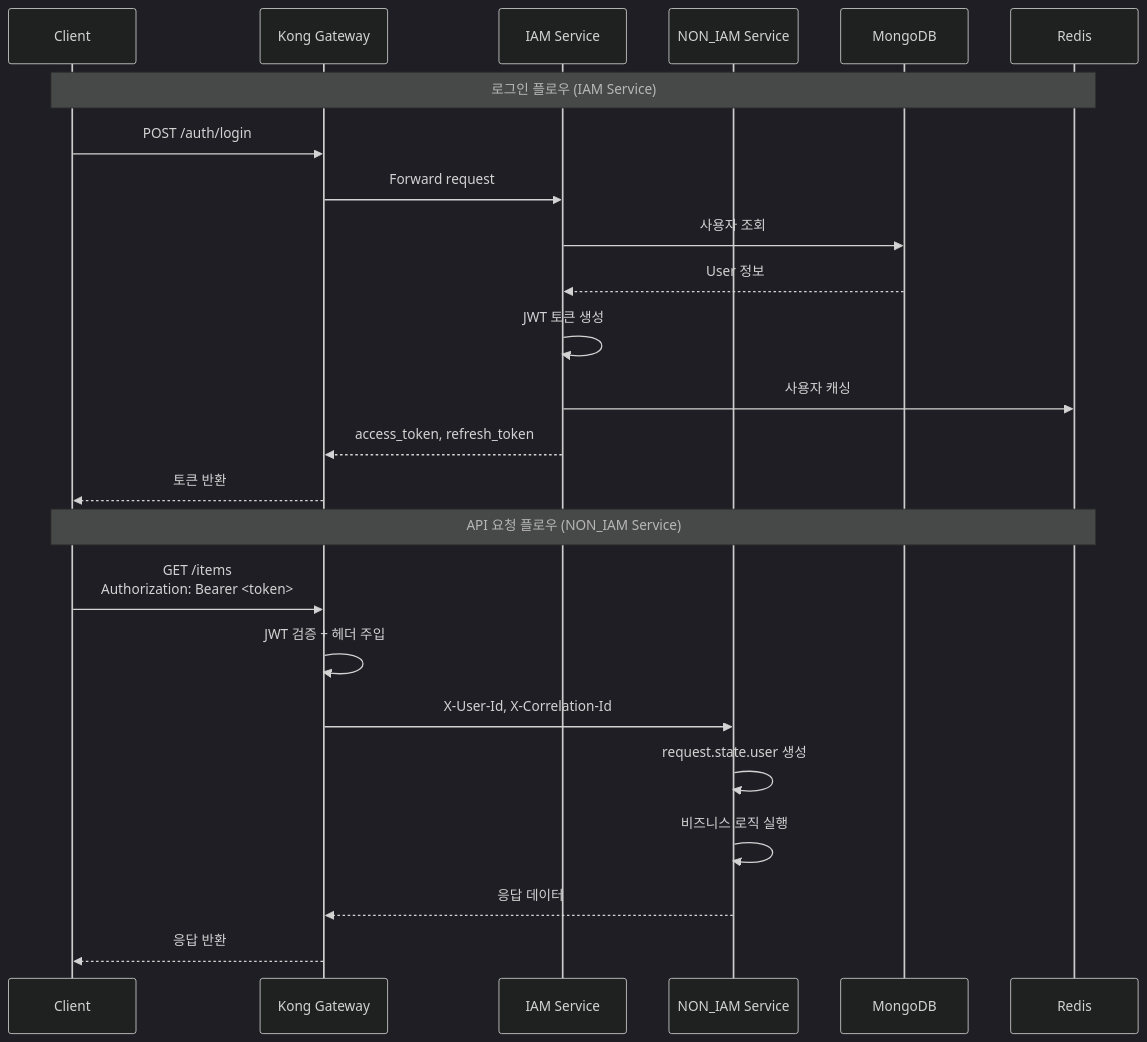
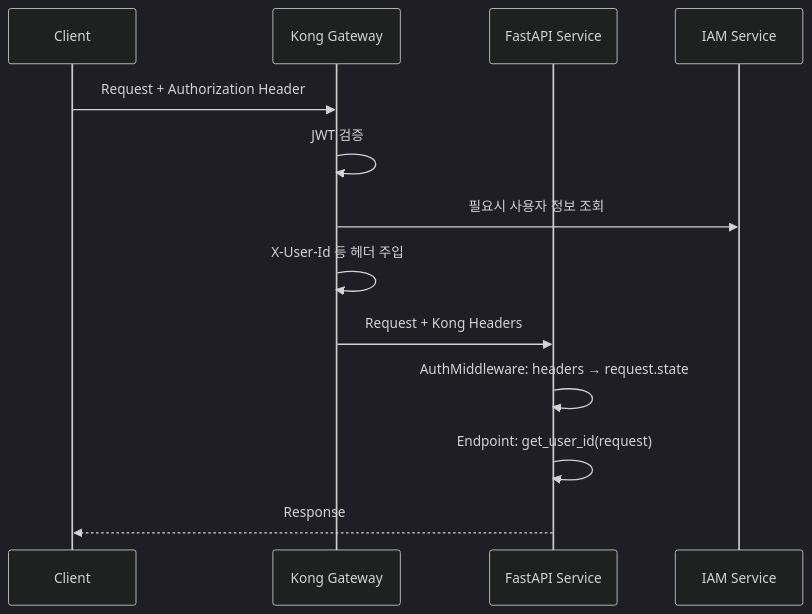
Before and after one commit to Br0therDan/mysingle-pack: the diagram in src/mysingle/auth/README.md, drawn with Mermaid (dark theme). The commit also changed other lines of this file and 18 other files, not shown here.

````diff
--- a/src/mysingle/auth/README.md
+++ b/src/mysingle/auth/README.md
@@ -256,28 +22,16 @@
 ```mermaid
 sequenceDiagram
-    participant C as Client
-    participant K as Kong Gateway
-    participant I as IAM Service
-    participant N as NON_IAM Service
-    participant M as MongoDB
-    participant R as Redis
+    participant Client
+    participant Kong as Kong Gateway
+    participant Service as FastAPI Service
+    participant IAM as IAM Service
 
-    Note over C,R: 로그인 플로우 (IAM Service)
-    C->>K: POST /auth/login
-    K->>I: Forward request
-    I->>M: 사용자 조회
-    M-->>I: User 정보
-    I->>I: JWT 토큰 생성
-    I->>R: 사용자 캐싱
-    I-->>K: access_token, refresh_token
-    K-->>C: 토큰 반환
-
-    Note over C,R: API 요청 플로우 (NON_IAM Service)
-    C->>K: GET /items<br/>Authorization: Bearer <token>
-    K->>K: JWT 검증 + 헤더 주입
-    K->>N: X-User-Id, X-Correlation-Id
-    N->>N: request.state.user 생성
-    N->>N: 비즈니스 로직 실행
-    N-->>K: 응답 데이터
-    K-->>C: 응답 반환
+    Client->>Kong: Request + Authorization Header
+    Kong->>Kong: JWT 검증
+    Kong->>IAM: 필요시 사용자 정보 조회
+    Kong->>Kong: X-User-Id 등 헤더 주입
+    Kong->>Service: Request + Kong Headers
+    Service->>Service: AuthMiddleware: headers → request.state
+    Service->>Service: Endpoint: get_user_id(request)
+    Service-->>Client: Response
 ```
````
